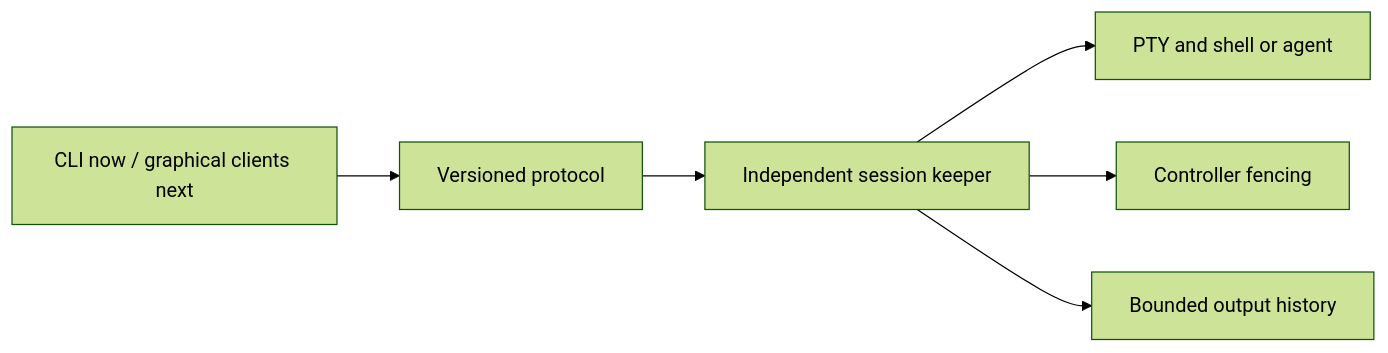
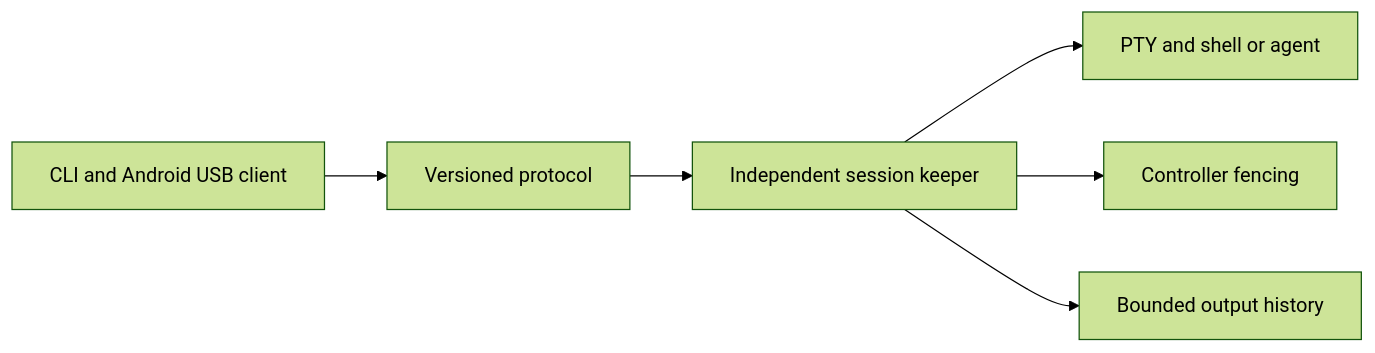
Before and after one commit to dot-protocol/dot-terminal: the diagram in README.md, drawn with Mermaid (forest theme). The commit also changed other lines of this file and 33 other files, not shown here.

Commit message:
Add Rust-backed Android USB terminal client and owner screen snapshots

````diff
--- a/README.md
+++ b/README.md
@@ -69,8 +72,8 @@
 ```mermaid
 flowchart LR
-  Client[CLI now / graphical clients next] --> Protocol[Versioned protocol]
+  Client[CLI and Android USB client] --> Protocol[Versioned protocol]
   Protocol --> Keeper[Independent session keeper]
   Keeper --> PTY[PTY and shell or agent]
   Keeper --> Ownership[Controller fencing]
   Keeper --> History[Bounded output history]
 ```
````
